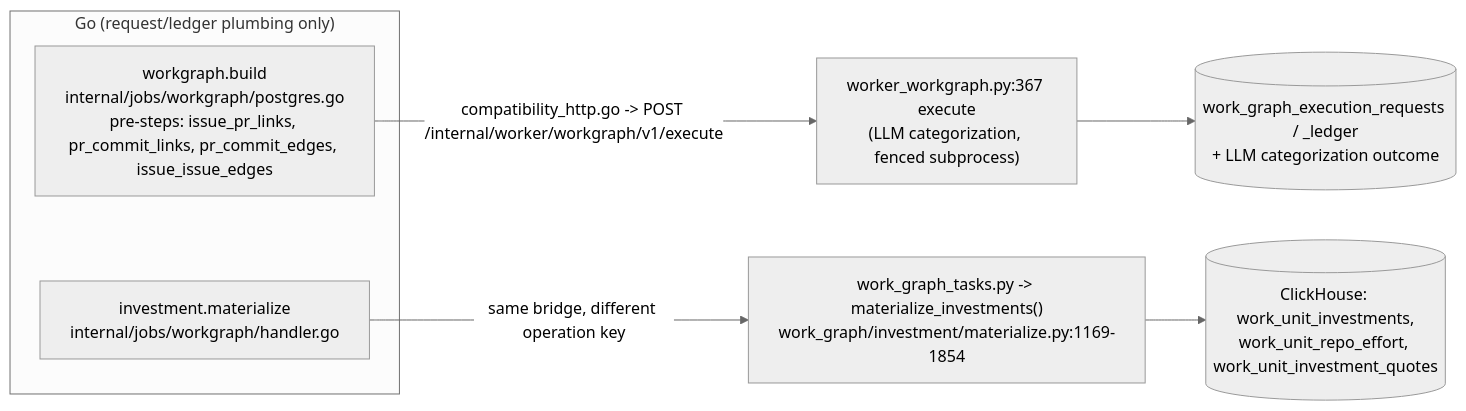
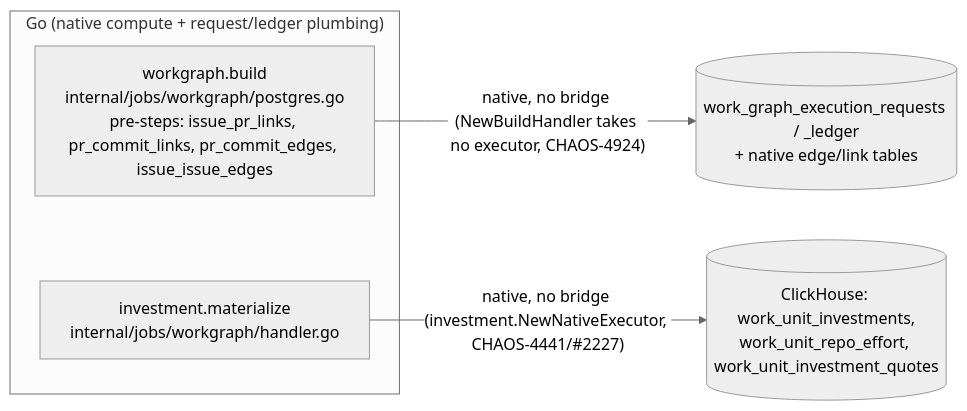
Before and after one commit to full-chaos/dev-health-ops: the third of 3 diagrams in docs/reference/runtime/python-go-live-path-ledger.md, drawn with Mermaid (neutral theme). The commit also changed other lines of this file and 1 other file, not shown here.

First line of the commit message:
docs(ledger): correct the investment.materialize and workgraph.build rows to native

````diff
--- a/docs/reference/runtime/python-go-live-path-ledger.md
+++ b/docs/reference/runtime/python-go-live-path-ledger.md
@@ -176,11 +176,9 @@
 ```mermaid
 flowchart LR
-  subgraph Go["Go (request/ledger plumbing only)"]
+  subgraph Go["Go (native compute + request/ledger plumbing)"]
     WGREQ["workgraph.build<br/>internal/jobs/workgraph/postgres.go<br/>pre-steps: issue_pr_links, pr_commit_links, pr_commit_edges, issue_issue_edges"]
     INVREQ["investment.materialize<br/>internal/jobs/workgraph/handler.go"]
   end
-  WGREQ -->|"compatibility_http.go -&gt; POST /internal/worker/workgraph/v1/execute"| WGP["worker_workgraph.py:367 execute<br/>(LLM categorization, fenced subprocess)"]
-  INVREQ -->|"same bridge, different operation key"| INVP["work_graph_tasks.py -&gt; materialize_investments()<br/>work_graph/investment/materialize.py:1169-1854"]
-  WGP --> WGT[("work_graph_execution_requests / _ledger<br/>+ LLM categorization outcome")]
-  INVP --> INVT[("ClickHouse: work_unit_investments,<br/>work_unit_repo_effort, work_unit_investment_quotes")]
+  WGREQ -->|"native, no bridge (NewBuildHandler takes no executor, CHAOS-4924)"| WGT[("work_graph_execution_requests / _ledger<br/>+ native edge/link tables")]
+  INVREQ -->|"native, no bridge (investment.NewNativeExecutor, CHAOS-4441/#2227)"| INVT[("ClickHouse: work_unit_investments,<br/>work_unit_repo_effort, work_unit_investment_quotes")]
 ```
````
